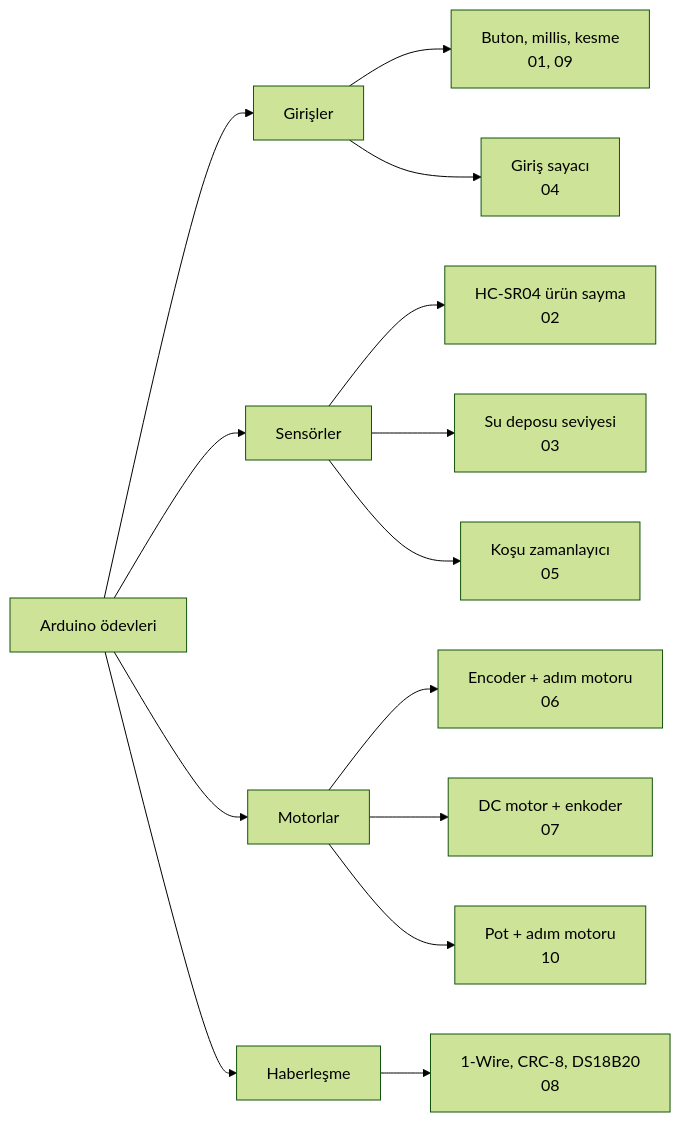
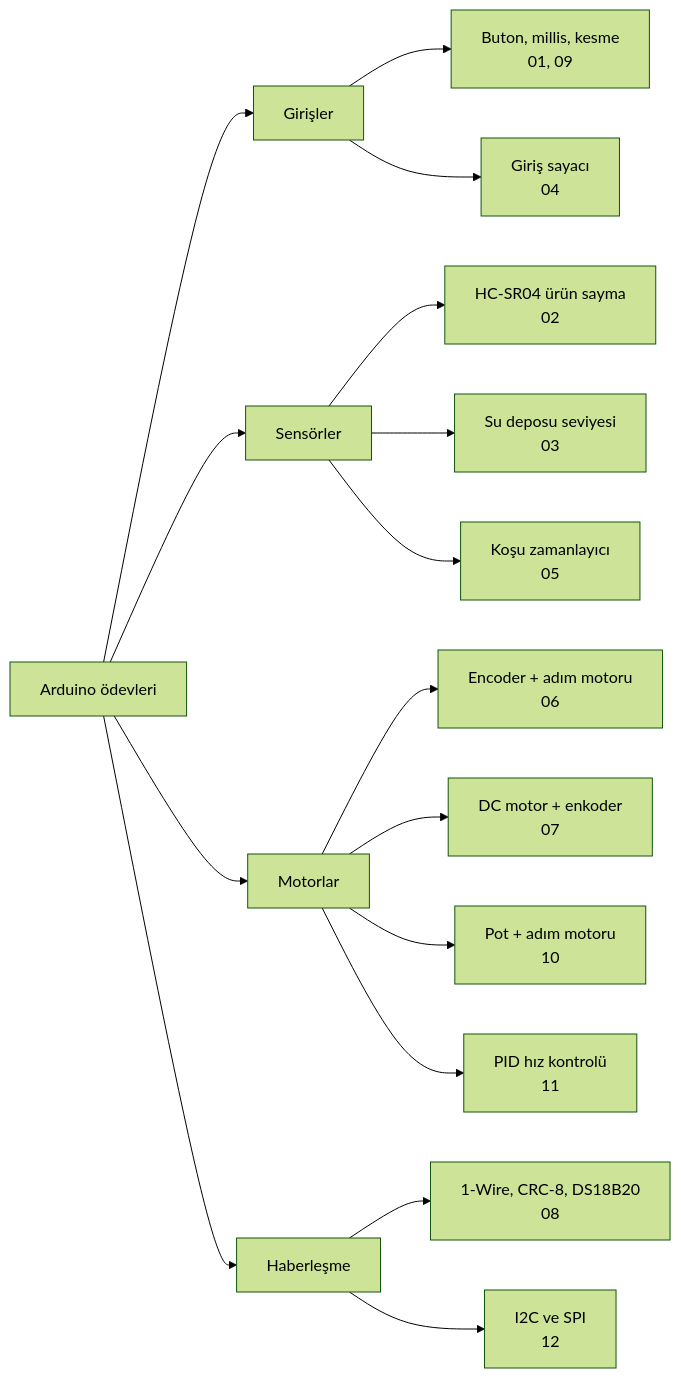
The first of 3 diagrams in README.md (ikrabaser/arduino-embedded-labs), drawn with Mermaid (forest theme) before and after one commit. The commit also changed other lines of this file and 3 other files, not shown here.

Commit message:
feat: add PID speed control, I2C MPU6050 and SPI 74HC595 examples

````diff
--- a/README.md
+++ b/README.md
@@ -39,16 +42,18 @@
 ```mermaid
 flowchart LR
     A["Arduino ödevleri"] --> B["Girişler"]
     A --> C["Sensörler"]
     A --> D["Motorlar"]
     A --> E["Haberleşme"]
     B --> B1["Buton, millis, kesme<br/>01, 09"]
     B --> B2["Giriş sayacı<br/>04"]
     C --> C1["HC-SR04 ürün sayma<br/>02"]
     C --> C2["Su deposu seviyesi<br/>03"]
     C --> C3["Koşu zamanlayıcı<br/>05"]
     D --> D1["Encoder + adım motoru<br/>06"]
     D --> D2["DC motor + enkoder<br/>07"]
     D --> D3["Pot + adım motoru<br/>10"]
+    D --> D4["PID hız kontrolü<br/>11"]
     E --> E1["1-Wire, CRC-8, DS18B20<br/>08"]
+    E --> E2["I2C ve SPI<br/>12"]
 ```
````
